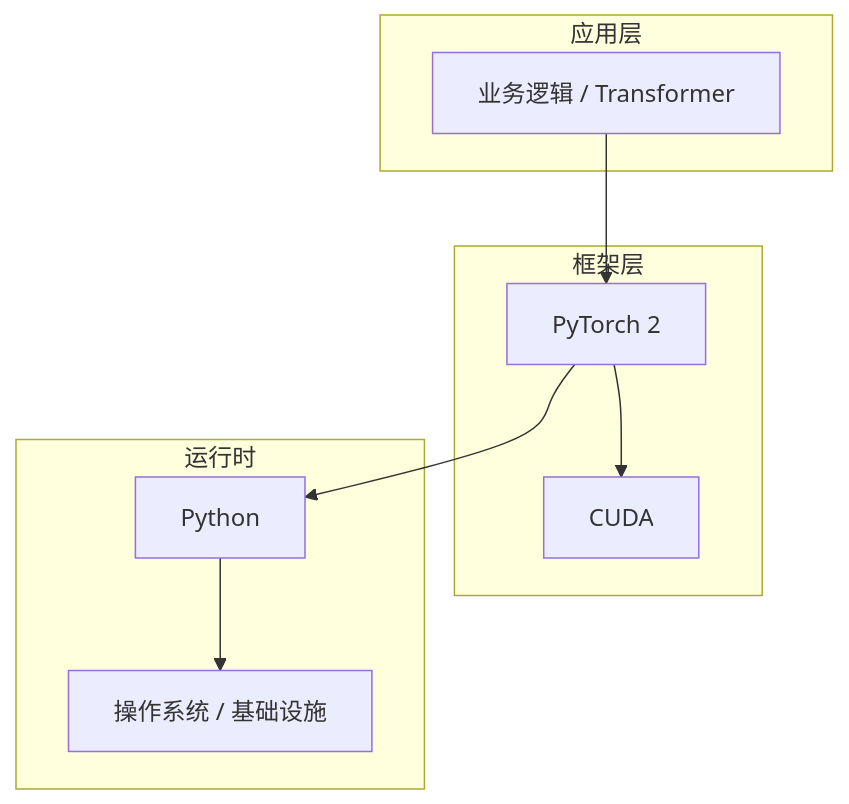
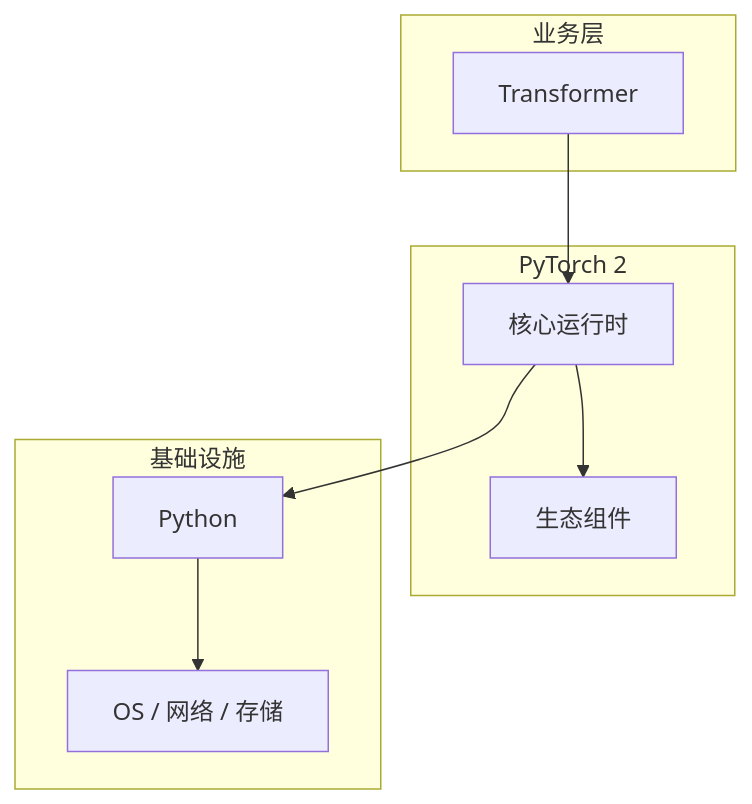
Before and after one commit to yanggan2015/knowledge-json-v2: the diagram in articles/深度学习/chapters/067-Transformer核心概念与原理.md, drawn with Mermaid. The commit also changed other lines of this file and 10127 other files, not shown here.

````diff
--- a/articles/深度学习/chapters/067-Transformer核心概念与原理.md
+++ b/articles/深度学习/chapters/067-Transformer核心概念与原理.md
@@ -45,18 +30,18 @@
 ```mermaid
 graph TB
-    subgraph 应用层
-        A[业务逻辑 / Transformer]
+    subgraph 业务层
+        A[Transformer]
     end
-    subgraph 框架层
-        B[PyTorch 2]
-        C[CUDA]
+    subgraph PyTorch 2
+        B[核心运行时]
+        C[生态组件]
     end
-    subgraph 运行时
+    subgraph 基础设施
         D[Python]
-        E[操作系统 / 基础设施]
+        E[OS / 网络 / 存储]
     end
     A --> B
     B --> C
     B --> D
     D --> E
 ```
````
